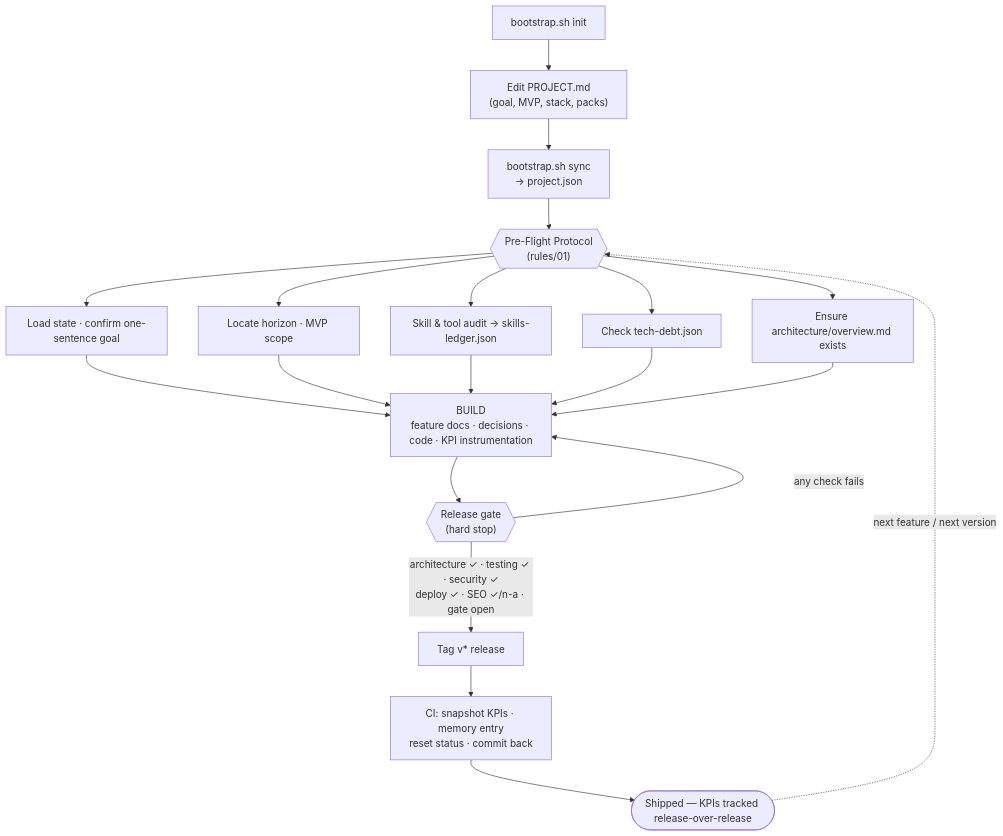
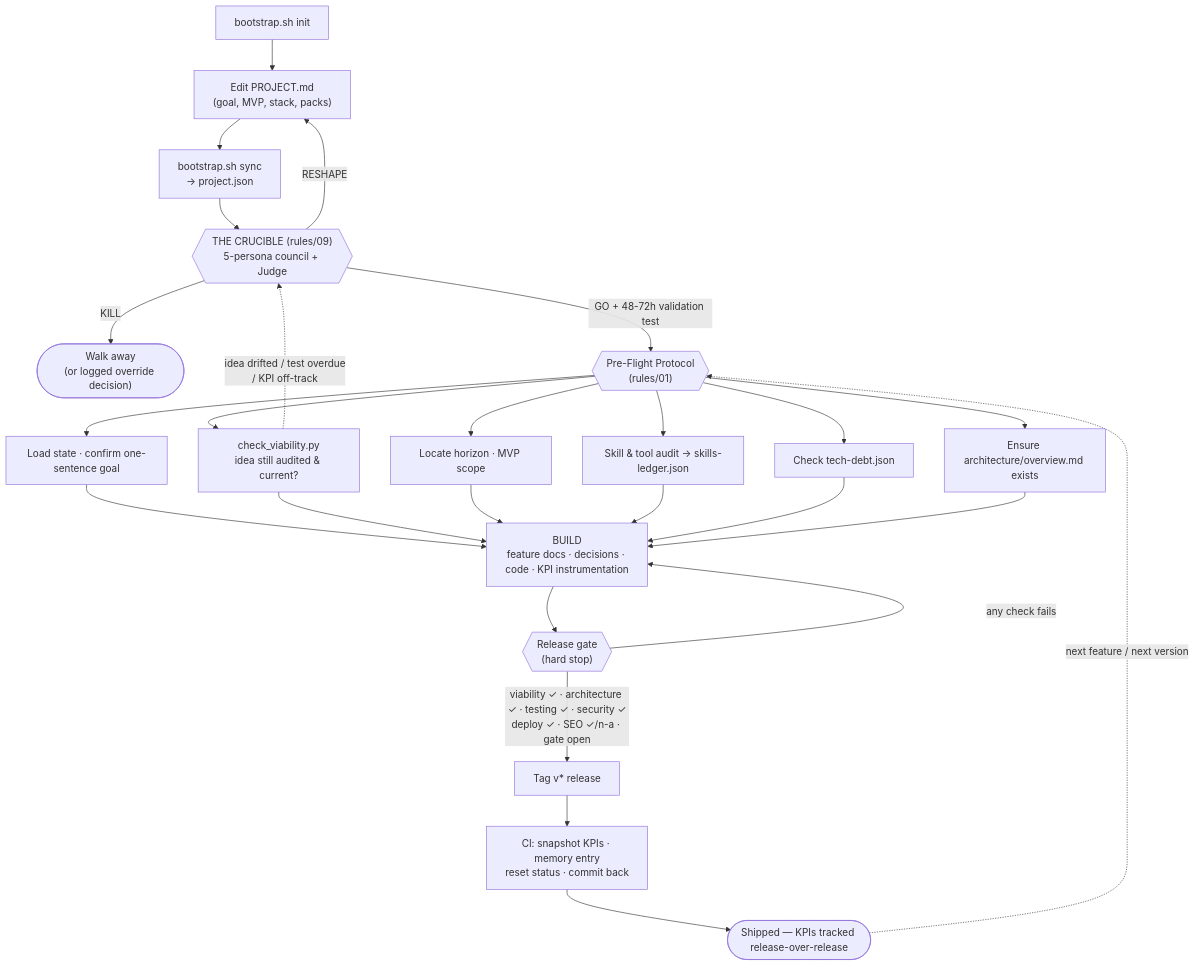
One commit to itsmarcosjreyes/praxis changed the second of 6 diagrams in README.md. Above: the diagram before and after it, drawn with Mermaid. The commit also changed other lines of this file and 17 other files, not shown here.

First line of the commit message:
feat: the Crucible — idea viability gate with machine-detected re-audit triggers (v0.4.0)

````diff
--- a/README.md
+++ b/README.md
@@ -77,18 +79,23 @@
 ```mermaid
 flowchart TD
     A["bootstrap.sh init"] --> B["Edit PROJECT.md<br/>(goal, MVP, stack, packs)"]
     B --> C["bootstrap.sh sync<br/>→ project.json"]
-    C --> D{{"Pre-Flight Protocol<br/>(rules/01)"}}
+    C --> CR{{"THE CRUCIBLE (rules/09)<br/>5-persona council + Judge"}}
+    CR -->|"KILL"| KILLED(["Walk away<br/>(or logged override decision)"])
+    CR -->|"RESHAPE"| B
+    CR -->|"GO + 48-72h validation test"| D{{"Pre-Flight Protocol<br/>(rules/01)"}}
     D --> D1["Load state · confirm one-sentence goal"]
+    D --> DV["check_viability.py<br/>idea still audited & current?"]
     D --> D2["Locate horizon · MVP scope"]
     D --> D3["Skill & tool audit → skills-ledger.json"]
     D --> D4["Check tech-debt.json"]
     D --> D5["Ensure architecture/overview.md exists"]
-    D1 & D2 & D3 & D4 & D5 --> E["BUILD<br/>feature docs · decisions · code · KPI instrumentation"]
+    DV -.->|"idea drifted / test overdue<br/>/ KPI off-track"| CR
+    D1 & DV & D2 & D3 & D4 & D5 --> E["BUILD<br/>feature docs · decisions · code · KPI instrumentation"]
     E --> F{{"Release gate<br/>(hard stop)"}}
     F -->|"any check fails"| E
-    F -->|"architecture ✓ · testing ✓ · security ✓<br/>deploy ✓ · SEO ✓/n-a · gate open"| G["Tag v* release"]
+    F -->|"viability ✓ · architecture ✓ · testing ✓ · security ✓<br/>deploy ✓ · SEO ✓/n-a · gate open"| G["Tag v* release"]
     G --> H["CI: snapshot KPIs · memory entry<br/>reset status · commit back"]
     H --> I(["Shipped — KPIs tracked release-over-release"])
     I -.->|"next feature / next version"| D
 ```
````
